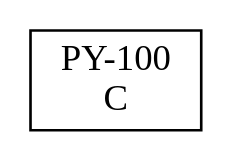
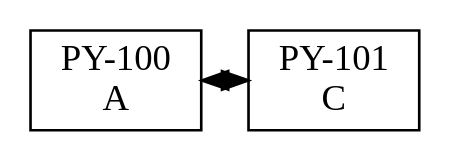
Before and after one commit to AlanCarpio/Proyecto_Fase1_EDD: the diagram in src/ColaPrioridad.dot, drawn with Graphviz. The commit also changed 5 other files, not shown here.

```diff
--- a/src/ColaPrioridad.dot
+++ b/src/ColaPrioridad.dot
@@ -1,7 +1,9 @@
 digraph ColaPrioridad{ 
  node[shape=box] 
  rankdir=UD;
 {rank=same; 
-nodo0x6f0588[label="PY-100\nC" ,group=0]; 
+nodo0x780588[label="PY-100\nA" ,group=0]; 
+nodo0x78c090[label="PY-101\nC" ,group=1]; 
 } 
+nodo0x780588 -> nodo0x78c090 [dir=both];
 } 
```
